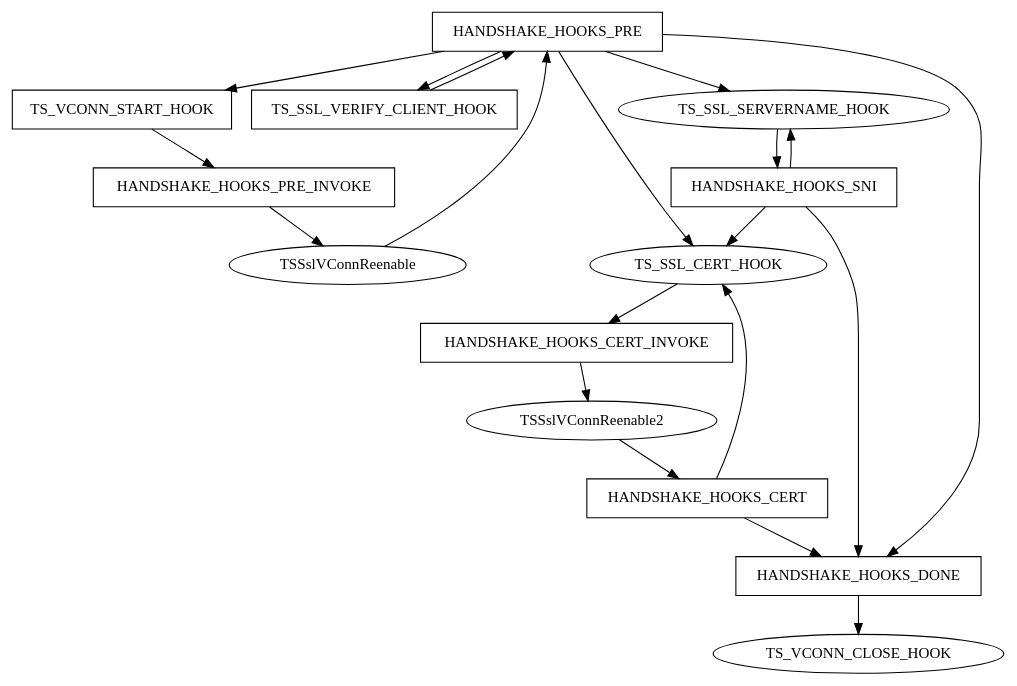
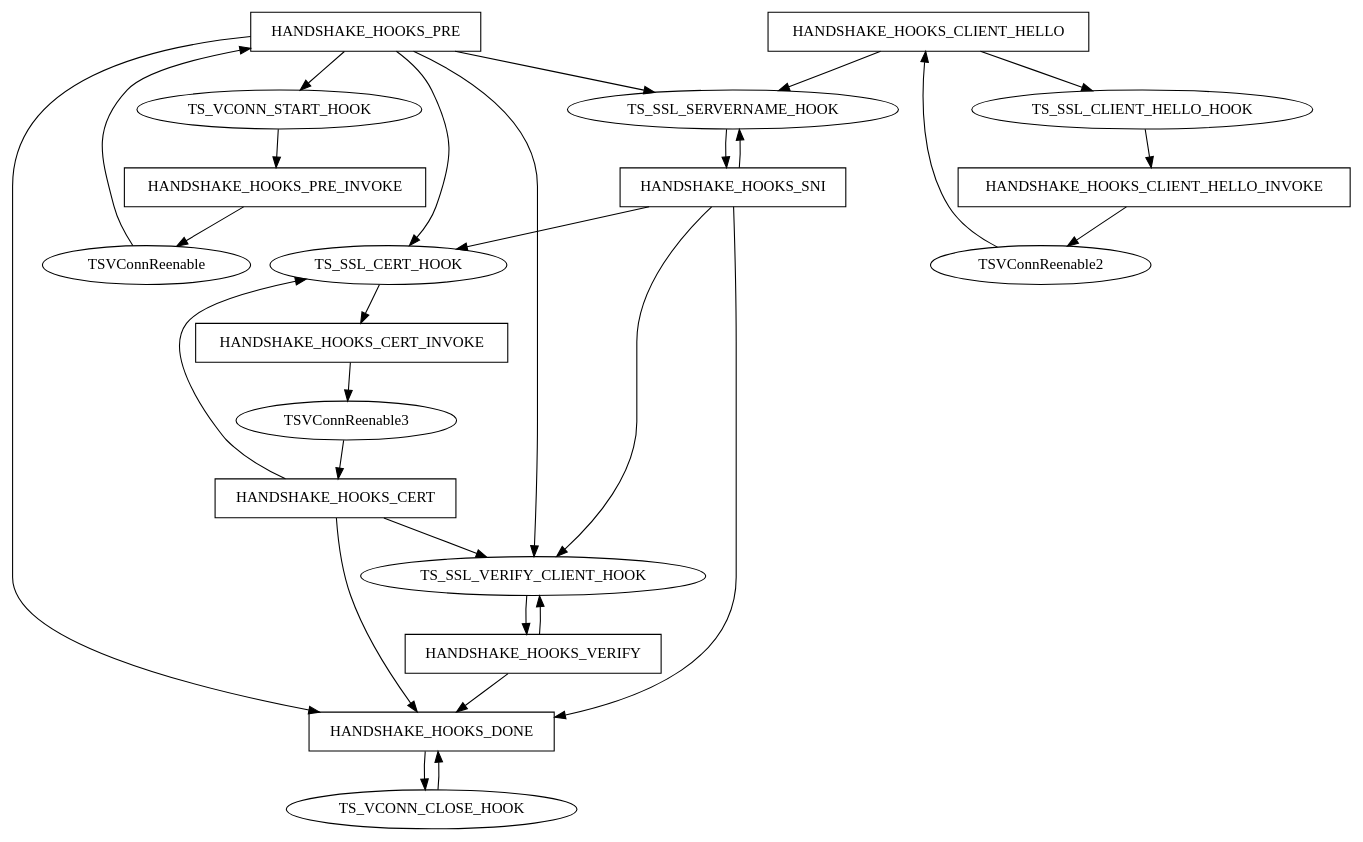
The first of 2 diagrams in doc/developer-guide/plugins/hooks-and-transactions/ssl-hooks.en.rst (hnakamur/trafficserver9-deb), drawn with Graphviz before and after one commit. The commit also changed other lines of this file and 3213 other files, not shown here.

```diff
--- a/doc/developer-guide/plugins/hooks-and-transactions/ssl-hooks.en.rst
+++ b/doc/developer-guide/plugins/hooks-and-transactions/ssl-hooks.en.rst
@@ -113,33 +153,46 @@
 .. graphviz::
-   :alt: TLS Hook State Diagram
+   :alt: TLS Inbound Hook State Diagram
 
    digraph tls_hook_state_diagram{
      HANDSHAKE_HOOKS_PRE -> TS_VCONN_START_HOOK;
-     HANDSHAKE_HOOKS_PRE -> TS_SSL_VERIFY_CLIENT_HOOK;
      HANDSHAKE_HOOKS_PRE -> TS_SSL_CERT_HOOK;
      HANDSHAKE_HOOKS_PRE -> TS_SSL_SERVERNAME_HOOK;
      HANDSHAKE_HOOKS_PRE -> HANDSHAKE_HOOKS_DONE;
-     TS_SSL_VERIFY_CLIENT_HOOK -> HANDSHAKE_HOOKS_PRE;
      TS_VCONN_START_HOOK -> HANDSHAKE_HOOKS_PRE_INVOKE;
-     HANDSHAKE_HOOKS_PRE_INVOKE -> TSSslVConnReenable;
-     TSSslVConnReenable -> HANDSHAKE_HOOKS_PRE;
+     HANDSHAKE_HOOKS_PRE_INVOKE -> TSVConnReenable;
+     TSVConnReenable -> HANDSHAKE_HOOKS_PRE;
+     TS_SSL_CLIENT_HELLO_HOOK -> HANDSHAKE_HOOKS_CLIENT_HELLO_INVOKE;
+     HANDSHAKE_HOOKS_CLIENT_HELLO_INVOKE -> TSVConnReenable2;
+     TSVConnReenable2 -> HANDSHAKE_HOOKS_CLIENT_HELLO;
+     HANDSHAKE_HOOKS_CLIENT_HELLO -> TS_SSL_CLIENT_HELLO_HOOK;
+     HANDSHAKE_HOOKS_CLIENT_HELLO -> TS_SSL_SERVERNAME_HOOK;
      TS_SSL_SERVERNAME_HOOK -> HANDSHAKE_HOOKS_SNI;
      HANDSHAKE_HOOKS_SNI -> TS_SSL_SERVERNAME_HOOK;
      HANDSHAKE_HOOKS_SNI -> TS_SSL_CERT_HOOK;
      HANDSHAKE_HOOKS_SNI -> HANDSHAKE_HOOKS_DONE;
      HANDSHAKE_HOOKS_CERT -> TS_SSL_CERT_HOOK;
      TS_SSL_CERT_HOOK -> HANDSHAKE_HOOKS_CERT_INVOKE;
-     HANDSHAKE_HOOKS_CERT_INVOKE -> TSSslVConnReenable2;
-     TSSslVConnReenable2 -> HANDSHAKE_HOOKS_CERT;
+     HANDSHAKE_HOOKS_CERT_INVOKE -> TSVConnReenable3;
+     TSVConnReenable3 -> HANDSHAKE_HOOKS_CERT;
+
+     HANDSHAKE_HOOKS_CERT -> TS_SSL_VERIFY_CLIENT_HOOK;
+     HANDSHAKE_HOOKS_SNI -> TS_SSL_VERIFY_CLIENT_HOOK;
+     HANDSHAKE_HOOKS_PRE -> TS_SSL_VERIFY_CLIENT_HOOK;
+     TS_SSL_VERIFY_CLIENT_HOOK -> HANDSHAKE_HOOKS_VERIFY;
+     HANDSHAKE_HOOKS_VERIFY -> TS_SSL_VERIFY_CLIENT_HOOK;
+     HANDSHAKE_HOOKS_VERIFY -> HANDSHAKE_HOOKS_DONE;
+
      HANDSHAKE_HOOKS_CERT -> HANDSHAKE_HOOKS_DONE;
      HANDSHAKE_HOOKS_DONE -> TS_VCONN_CLOSE_HOOK;
+     TS_VCONN_CLOSE_HOOK -> HANDSHAKE_HOOKS_DONE;
 
      HANDSHAKE_HOOKS_PRE [shape=box];
-     TS_VCONN_START_HOOK [shape=box];
-     TS_SSL_VERIFY_CLIENT_HOOK [shape=box];
      HANDSHAKE_HOOKS_PRE_INVOKE [shape=box];
+     HANDSHAKE_HOOKS_CLIENT_HELLO [shape=box];
+     HANDSHAKE_HOOKS_CLIENT_HELLO_INVOKE [shape=box];
      HANDSHAKE_HOOKS_SNI [shape=box];
+     HANDSHAKE_HOOKS_VERIFY [shape=box];
      HANDSHAKE_HOOKS_CERT [shape=box];
      HANDSHAKE_HOOKS_CERT_INVOKE [shape=box];
      HANDSHAKE_HOOKS_DONE [shape=box];
    }
```
